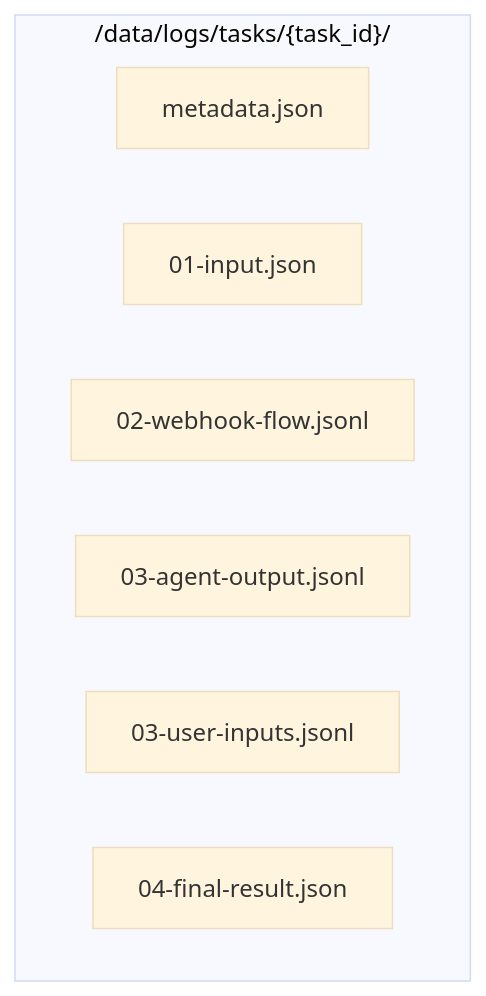
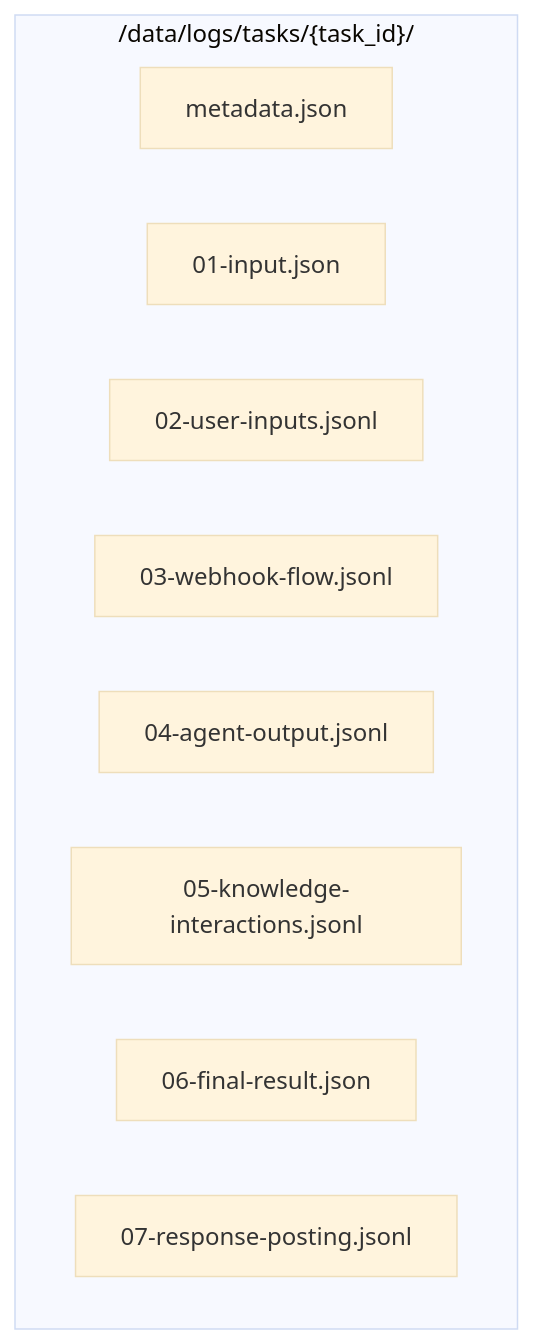
Before and after one commit to rom-orlovich/groote-ai: the second of 10 diagrams in task-logger/docs/ARCHITECTURE.md, drawn with Mermaid (base theme). The commit also changed other lines of this file and 99 other files, not shown here.

Commit message:
feat: Add comprehensive documentation for service features, architecture, and flows, and introduce a Claude skill for documentation synchronization.

````diff
--- a/task-logger/docs/ARCHITECTURE.md
+++ b/task-logger/docs/ARCHITECTURE.md
@@ -64,11 +64,13 @@
 ```mermaid
 graph TB
     subgraph TaskDir["/data/logs/tasks/{task_id}/"]
         M[metadata.json]
         I[01-input.json]
-        W[02-webhook-flow.jsonl]
-        A[03-agent-output.jsonl]
-        U[03-user-inputs.jsonl]
-        F[04-final-result.json]
+        U[02-user-inputs.jsonl]
+        W[03-webhook-flow.jsonl]
+        A[04-agent-output.jsonl]
+        K[05-knowledge-interactions.jsonl]
+        F[06-final-result.json]
+        R[07-response-posting.jsonl]
     end
 ```
````
